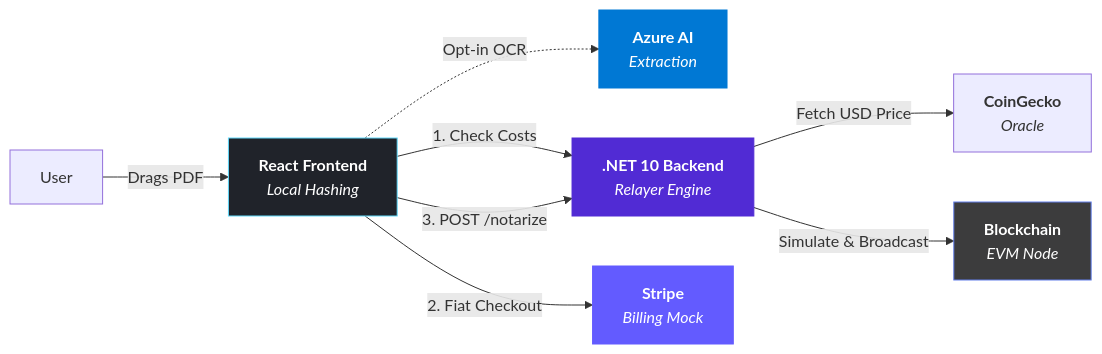
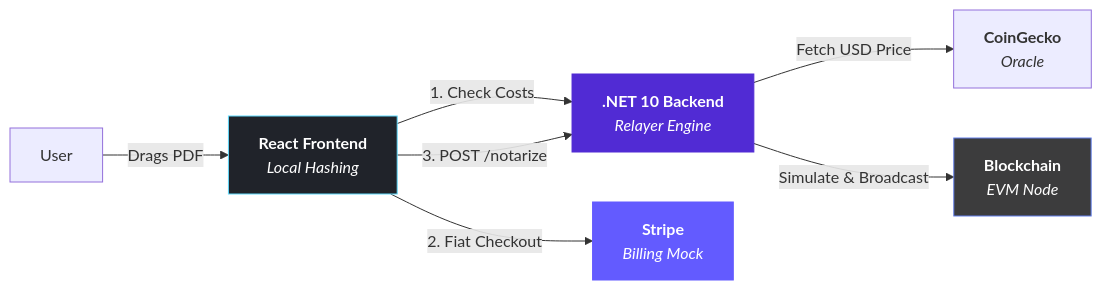
Before and after one commit to N0g4D/azure-web3-notarizer: the first of 2 diagrams in README.md, drawn with Mermaid. The commit also changed other lines of this file and 28 other files, not shown here.

```diff
--- a/README.md
+++ b/README.md
@@ -95,18 +123,16 @@
 ~~~mermaid
 graph LR
     USER["User"] -->|"Drags PDF"| BROWSER["<b>React Frontend</b><br/><i>Local Hashing</i>"]
     
-    BROWSER -.->|"Opt-in OCR"| AZURE["<b>Azure AI</b><br/><i>Extraction</i>"]
     BROWSER -->|"1. Check Costs"| API["<b>.NET 10 Backend</b><br/><i>Relayer Engine</i>"]
     BROWSER -->|"2. Fiat Checkout"| STRIPE["<b>Stripe</b><br/><i>Billing Mock</i>"]
     BROWSER -->|"3. POST /notarize"| API
 
     API -->|"Fetch USD Price"| ORACLE["<b>CoinGecko</b><br/><i>Oracle</i>"]
     API -->|"Simulate & Broadcast"| ETH["<b>Blockchain</b><br/><i>EVM Node</i>"]
 
     style BROWSER fill:#20232a,stroke:#61dafb,color:#fff
     style API fill:#512bd4,stroke:#512bd4,color:#fff
     style ETH fill:#3C3C3D,stroke:#627EEA,color:#fff
-    style AZURE fill:#0078D4,stroke:#0078D4,color:#fff
     style STRIPE fill:#635bff,stroke:#635bff,color:#fff
 ~~~
```
